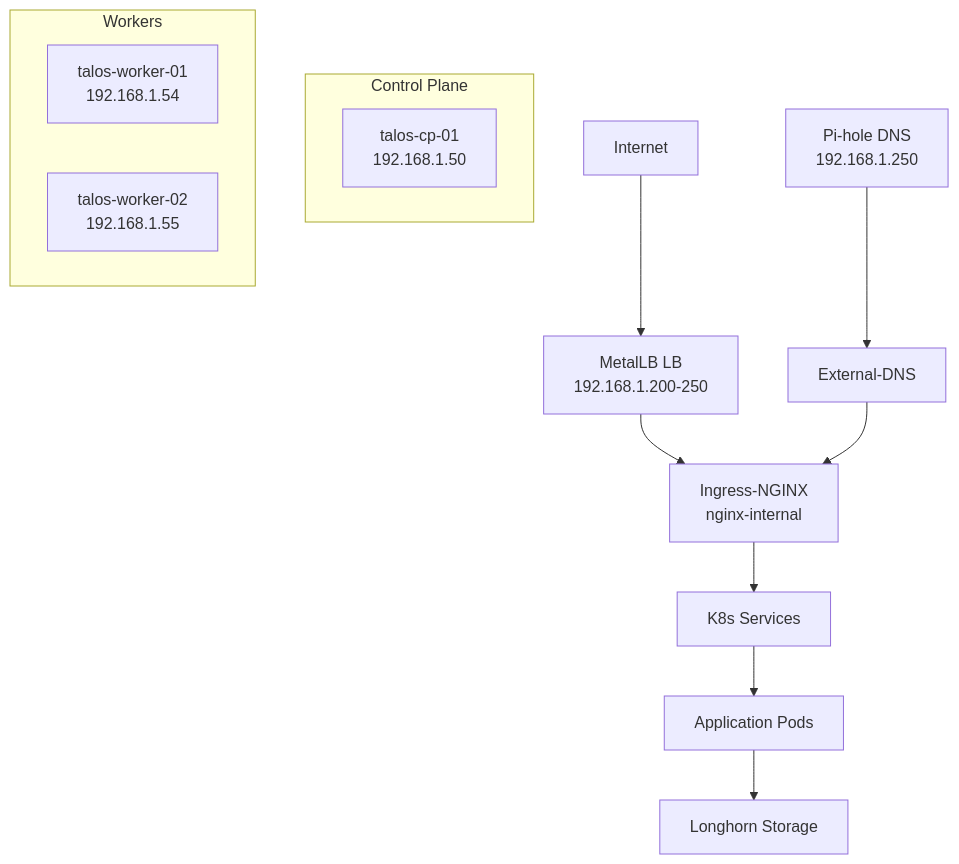
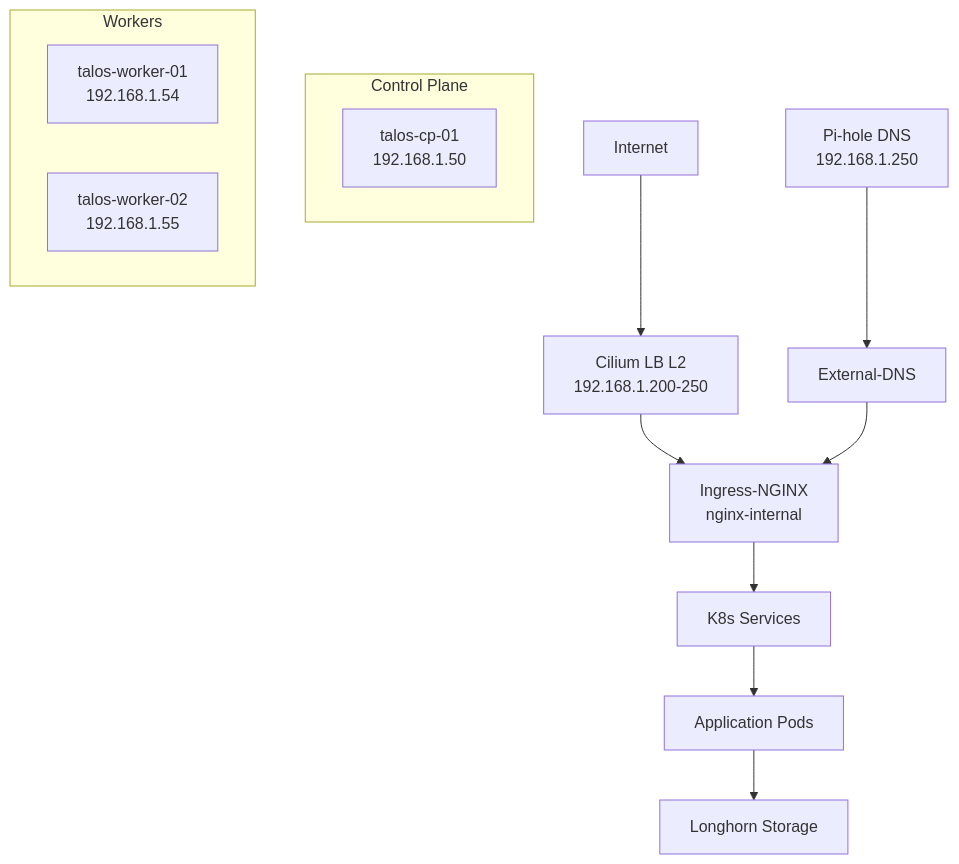
One commit to melvinlee/k8s-homelab changed the diagram in docs/infrastructure.md. Above: the diagram before and after it, drawn with Mermaid. The commit also changed other lines of this file and 20 other files, not shown here.

First line of the commit message:
feat(network): migrate CNI to Cilium and replace MetalLB with Cilium L2

````diff
--- a/docs/infrastructure.md
+++ b/docs/infrastructure.md
@@ -16,20 +16,20 @@
 ```mermaid
 graph TD
-    Internet --> MetalLB[MetalLB LB<br/>192.168.1.200-250]
-    MetalLB --> Ingress[Ingress-NGINX<br/>nginx-internal]
+    Internet --> Cilium[Cilium LB L2<br/>192.168.1.200-250]
+    Cilium --> Ingress[Ingress-NGINX<br/>nginx-internal]
     Ingress --> Services[K8s Services]
     Services --> Pods[Application Pods]
     Pods --> Storage[Longhorn Storage]
 
     DNS[Pi-hole DNS<br/>192.168.1.250] --> ExternalDNS[External-DNS]
     ExternalDNS --> Ingress
 
     subgraph Control Plane
         API[talos-cp-01<br/>192.168.1.50]
     end
 
     subgraph Workers
         Worker1[talos-worker-01<br/>192.168.1.54]
         Worker2[talos-worker-02<br/>192.168.1.55]
     end
 ```
````
